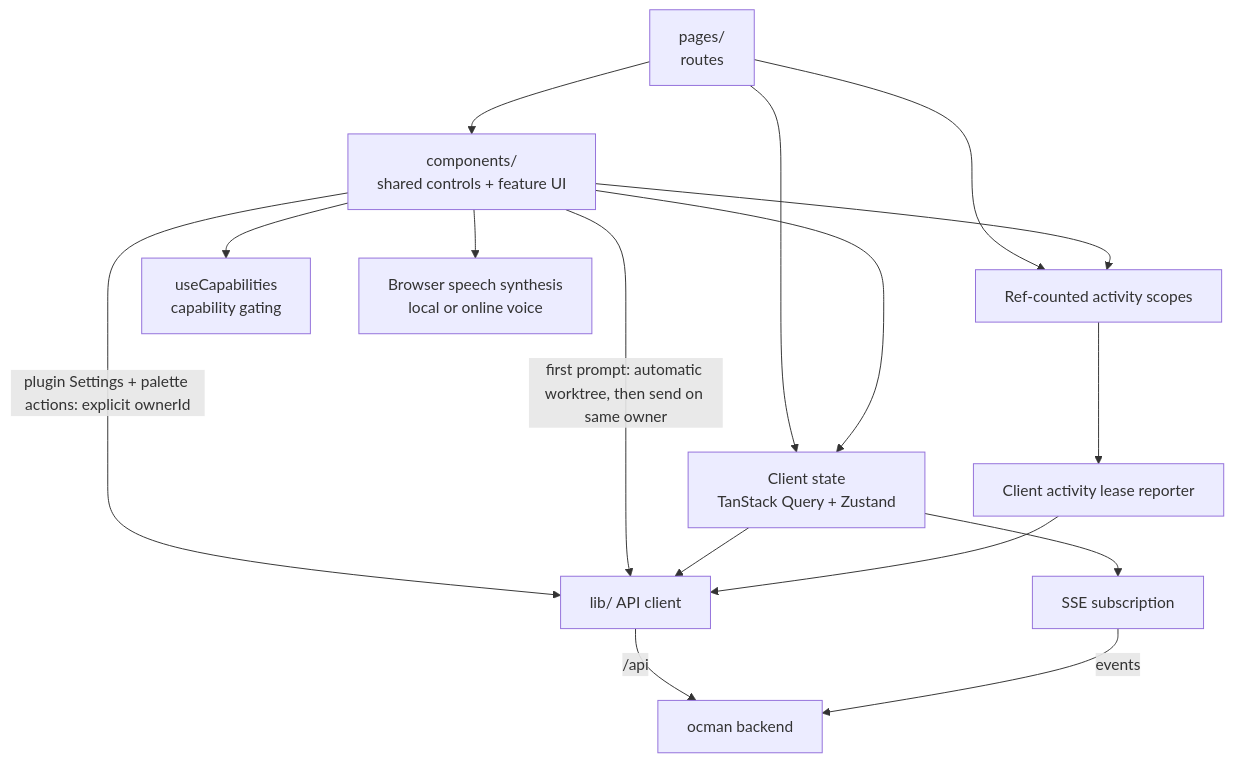
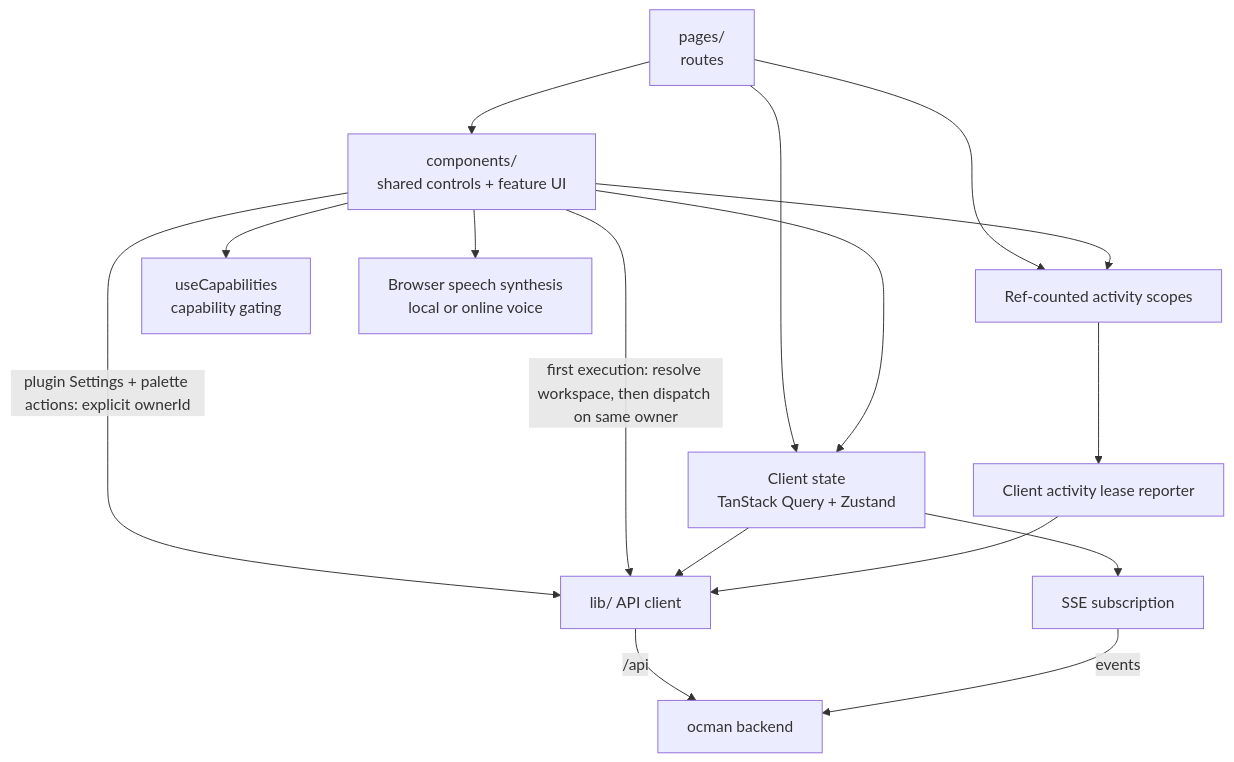
The fourth of 5 diagrams in docs/other/architecture.md (ocman/ocman), drawn with Mermaid before and after one commit. The commit also changed other lines of this file and 7 other files, not shown here.

````diff
--- a/docs/other/architecture.md
+++ b/docs/other/architecture.md
@@ -389,18 +389,18 @@
 ```mermaid
 flowchart TD
     Pages[pages/<br/>routes] --> Comp[components/<br/>shared controls + feature UI]
     Pages --> Stores[Client state<br/>TanStack Query + Zustand]
     Comp --> Stores
     Comp -->|plugin Settings + palette actions: explicit ownerId| API
-    Comp -->|first prompt: automatic worktree, then send on same owner| API
+    Comp -->|first execution: resolve workspace, then dispatch on same owner| API
     Stores --> API[lib/ API client]
     Stores --> SSE[SSE subscription]
     Pages --> Scopes[Ref-counted activity scopes]
     Comp --> Scopes
     Scopes --> Reporter[Client activity lease reporter]
     Reporter --> API
     API -->|/api| Hub[ocman backend]
     SSE -->|events| Hub
     Comp --> Caps[useCapabilities<br/>capability gating]
     Comp --> Speech[Browser speech synthesis<br/>local or online voice]
 ```
````
